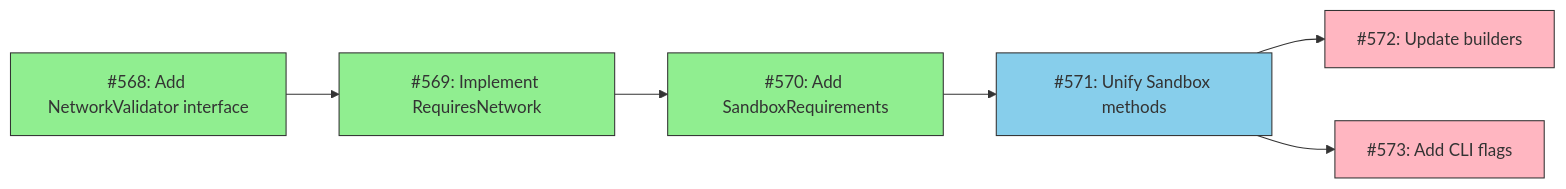
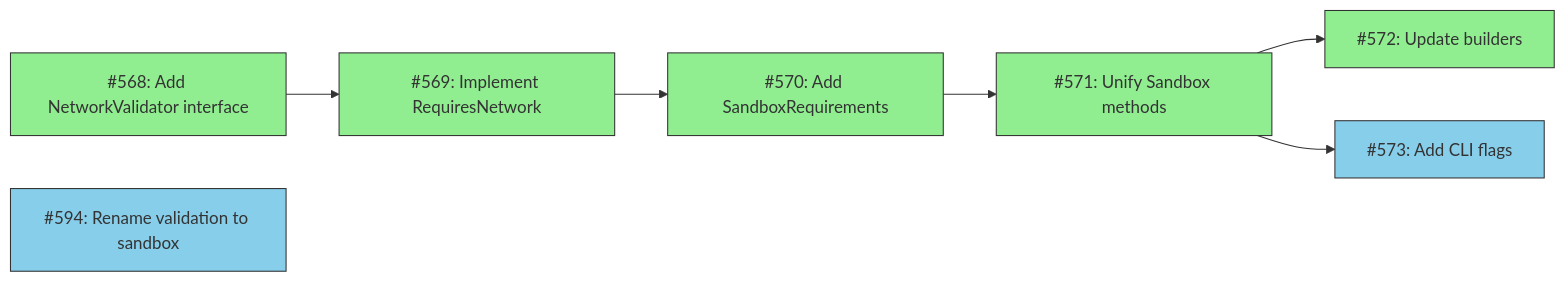
One commit to tsukumogami/tsuku changed the diagram in docs/DESIGN-install-sandbox.md. Above: the diagram before and after it, drawn with Mermaid. The commit also changed other lines of this file and 19 other files, not shown here.

First line of the commit message:
refactor(builders): add session-based API for external sandbox orchestration (#592)

````diff
--- a/docs/DESIGN-install-sandbox.md
+++ b/docs/DESIGN-install-sandbox.md
@@ -22,12 +23,13 @@
 ```mermaid
 graph LR
     classDef done fill:#90EE90,stroke:#333
     classDef ready fill:#87CEEB,stroke:#333
     classDef blocked fill:#FFB6C1,stroke:#333
 
     I568[#568: Add NetworkValidator interface]:::done --> I569[#569: Implement RequiresNetwork]:::done
     I569 --> I570[#570: Add SandboxRequirements]:::done
-    I570 --> I571[#571: Unify Sandbox methods]:::ready
-    I571 --> I572[#572: Update builders]:::blocked
-    I571 --> I573[#573: Add CLI flags]:::blocked
+    I570 --> I571[#571: Unify Sandbox methods]:::done
+    I571 --> I572[#572: Update builders]:::done
+    I571 --> I573[#573: Add CLI flags]:::ready
+    I594[#594: Rename validation to sandbox]:::ready
 ```
````
